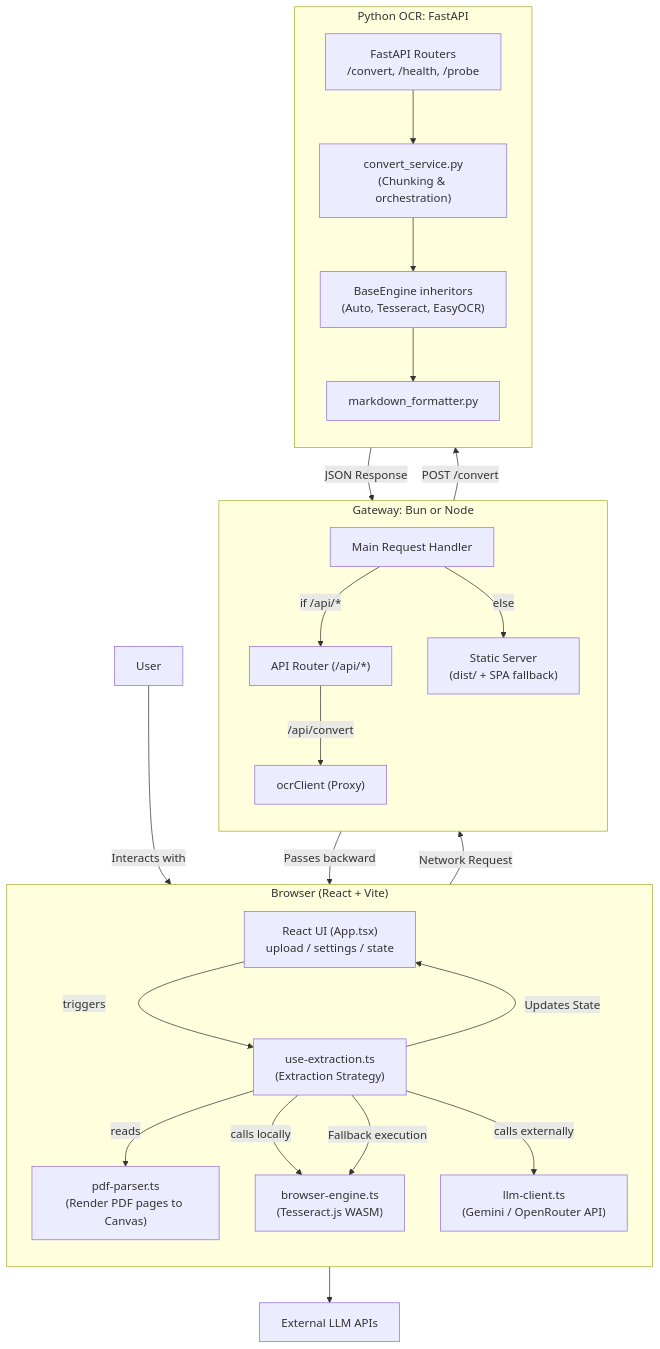
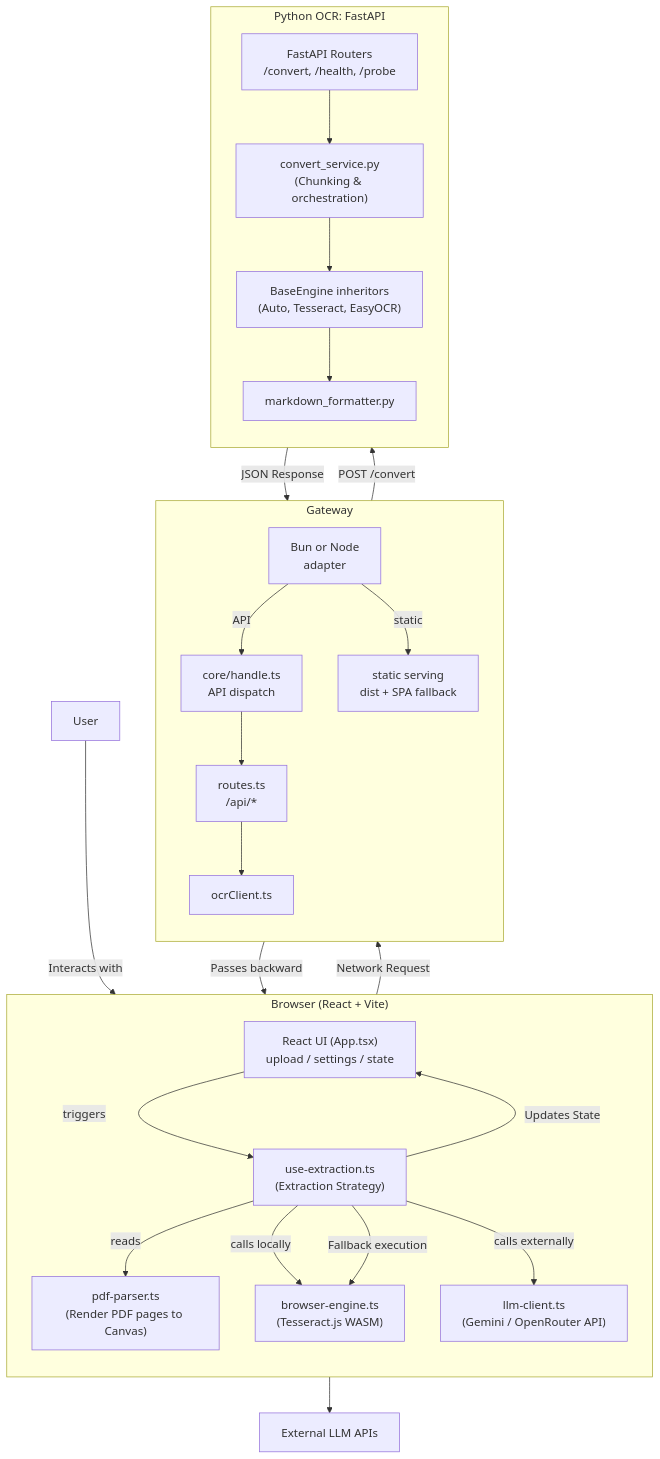
One commit to AI-paca/IttM changed the diagram in README.md. Above: the diagram before and after it, drawn with Mermaid. The commit also changed other lines of this file, not shown here.

````diff
--- a/README.md
+++ b/README.md
@@ -92,56 +92,59 @@
 ```mermaid
 flowchart TB
     User["User"]
 
     subgraph Browser["Browser (React + Vite)"]
         direction TB
         UI["React UI (App.tsx)<br/>upload / settings / state"]
         Strategy["use-extraction.ts<br/>(Extraction Strategy)"]
         Pdf["pdf-parser.ts<br/>(Render PDF pages to Canvas)"]
         BrowserOcr["browser-engine.ts<br/>(Tesseract.js WASM)"]
         Llm["llm-client.ts<br/>(Gemini / OpenRouter API)"]
 
         UI -->|triggers| Strategy
         Strategy -->|reads| Pdf
         Strategy -->|calls locally| BrowserOcr
         Strategy -->|calls externally| Llm
     end
 
-    subgraph Gateway["Gateway: Bun or Node"]
+    subgraph Gateway["Gateway"]
         direction TB
-        MainHandle["Main Request Handler"]
-        Routes["API Router (/api/*)"]
-        Static["Static Server<br/>(dist/ + SPA fallback)"]
-        Proxy["ocrClient (Proxy)"]
+        Runtime["Bun or Node<br/>adapter"]
+        MainHandle["core/handle.ts<br/>API dispatch"]
+        Static["static serving<br/>dist + SPA fallback"]
+        Routes["routes.ts<br/>/api/*"]
+        Proxy["ocrClient.ts"]
 
-        MainHandle -->|if /api/*| Routes
-        MainHandle -->|else| Static
-        Routes -->|/api/convert| Proxy
+        Runtime -->|API| MainHandle
+        Runtime -->|static| Static
+        MainHandle --> Routes
+        Routes --> Proxy
     end
 
     subgraph Python["Python OCR: FastAPI"]
         direction TB
         Api["FastAPI Routers<br/>/convert, /health, /probe"]
         Convert["convert_service.py<br/>(Chunking & orchestration)"]
         Engines["BaseEngine inheritors<br/>(Auto, Tesseract, EasyOCR)"]
         Markdown["markdown_formatter.py"]
 
         Api --> Convert
         Convert --> Engines
         Engines --> Markdown
     end
 
     External["External LLM APIs"]
 
     %% External Connections
     User -->|Interacts with| UI
     Strategy -->|Fallback execution| BrowserOcr
-    Strategy -->|Network Request| MainHandle
+    Strategy -->|Network Request| Runtime
     Proxy -->|POST /convert| Api
     Llm --> External
+    Pdf ~~~ Runtime
 
     %% Return flow
     Markdown -->|JSON Response| Proxy
     Proxy -->|Passes backward| Strategy
     Strategy -->|Updates State| UI
 ```
````
